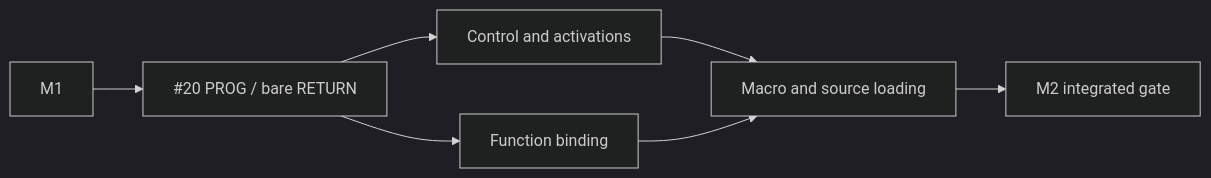
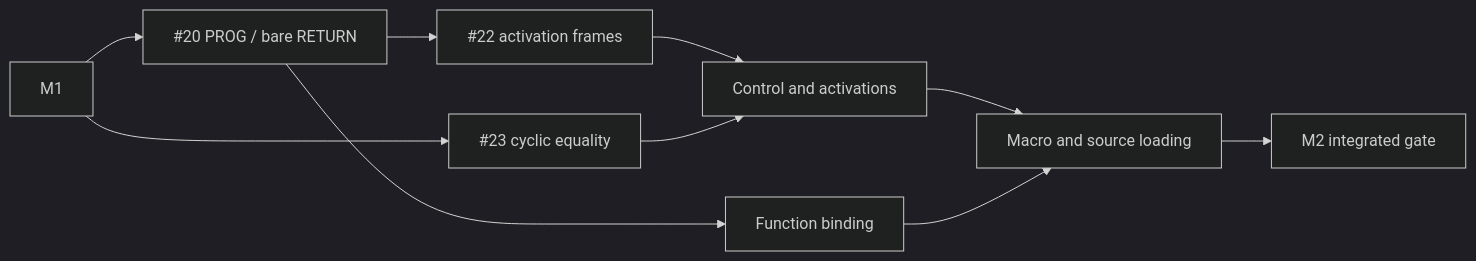
Before and after one commit to quaat/mdl-racket: the second of 2 diagrams in docs/PLAN.md, drawn with Mermaid (dark theme). The commit also changed other lines of this file and 9 other files, not shown here.

Commit message:
Harden M2 activation frames and ownership

````diff
--- a/docs/PLAN.md
+++ b/docs/PLAN.md
@@ -99,9 +101,12 @@
 ```mermaid
 flowchart LR
   M1 --> I20["#20 PROG / bare RETURN"]
-  I20 --> C["Control and activations"]
+  I20 --> I22["#22 activation frames"]
+  M1 --> I23["#23 cyclic equality"]
+  I22 --> C["Control and activations"]
+  I23 --> C
   I20 --> F["Function binding"]
   C --> L["Macro and source loading"]
   F --> L
   L --> G["M2 integrated gate"]
 ```
````
